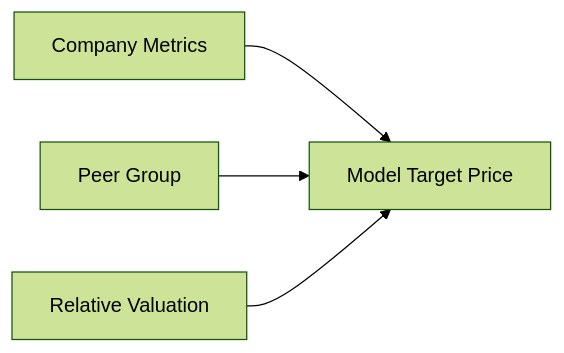
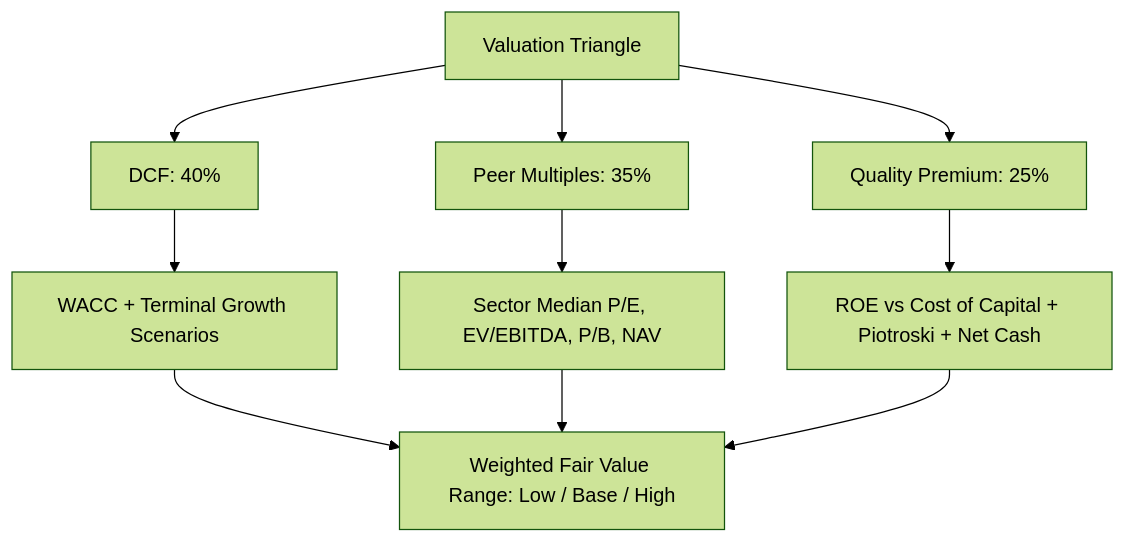
One commit to erenkbgc/bist-screener-v9 changed the third of 8 diagrams in README.md. Above: the diagram before and after it, drawn with Mermaid (forest theme). The commit also changed other lines of this file and 14 other files, not shown here.

Commit message:
feat: implement Multi-Factor Valuation Triangle (P0-3) with DCF, peer multiples, quality premium, and REIT/holding NAV

````diff
--- a/README.md
+++ b/README.md
@@ -167,6 +167,12 @@
 ```mermaid
-flowchart LR
-    A[Company Metrics] --> D[Model Target Price]
-    B[Peer Group] --> D
-    C[Relative Valuation] --> D
+flowchart TD
+    A[Valuation Triangle] --> B[DCF: 40%]
+    A --> C[Peer Multiples: 35%]
+    A --> D[Quality Premium: 25%]
+    B --> E[WACC + Terminal Growth Scenarios]
+    C --> F[Sector Median P/E, EV/EBITDA, P/B, NAV]
+    D --> G[ROE vs Cost of Capital + Piotroski + Net Cash]
+    E --> H[Weighted Fair Value Range: Low / Base / High]
+    F --> H
+    G --> H
 ```
````
